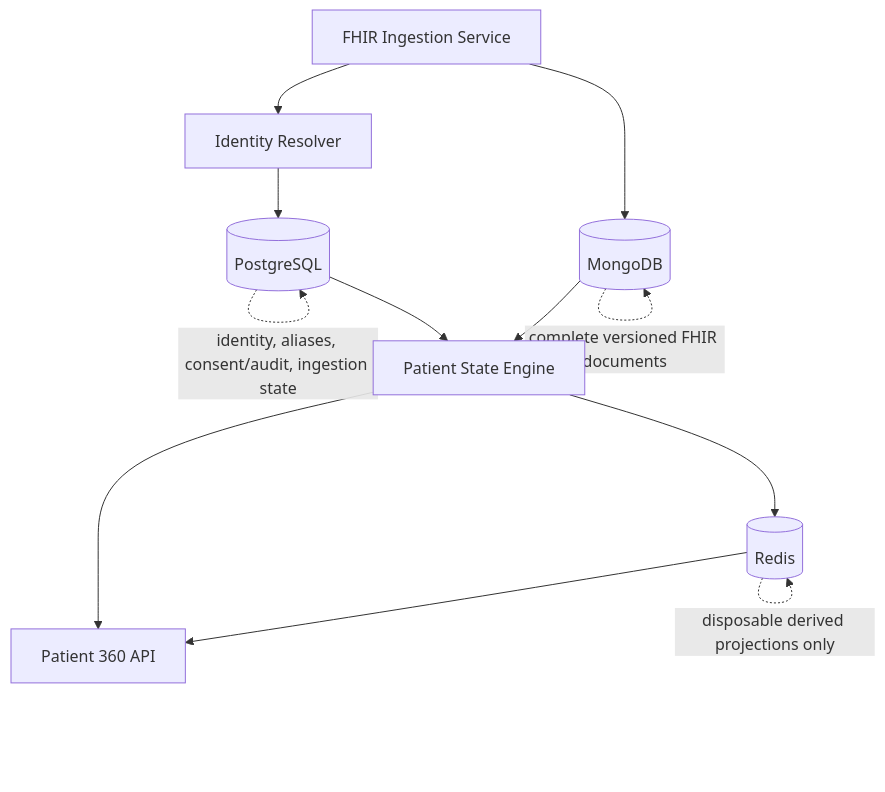
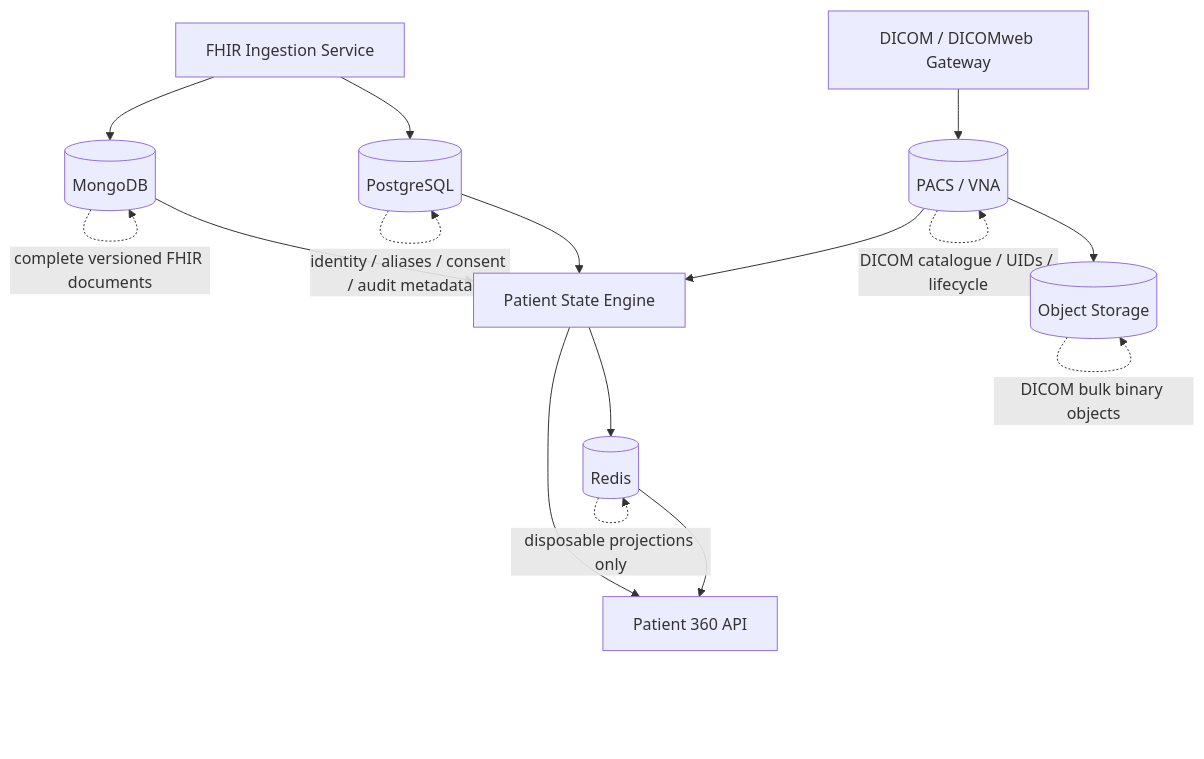
The third of 6 diagrams in docs/architecture/ingestion-persistence.md (DiogoRibeiro7/sns-patient-360), drawn with Mermaid before and after one commit. The commit also changed other lines of this file, not shown here.

Commit message:
docs: update persistence diagrams for DICOM imaging plane

````diff
--- a/docs/architecture/ingestion-persistence.md
+++ b/docs/architecture/ingestion-persistence.md
@@ -45,25 +60,33 @@
 ```mermaid
 flowchart TB
-    API[FHIR Ingestion Service]
-    RESOLVE[Identity Resolver]
+    FHIRAPI[FHIR Ingestion Service]
+    DICOM[DICOM / DICOMweb Gateway]
     STATE[Patient State Engine]
-    READ[Patient 360 API]
+    API[Patient 360 API]
 
     PG[(PostgreSQL)]
     MONGO[(MongoDB)]
+    PACS[(PACS / VNA)]
+    OBJECT[(Object Storage)]
     REDIS[(Redis)]
 
-    API --> RESOLVE
-    RESOLVE --> PG
-    API --> MONGO
+    FHIRAPI --> PG
+    FHIRAPI --> MONGO
+
+    DICOM --> PACS
+    PACS --> OBJECT
 
     PG --> STATE
     MONGO --> STATE
+    PACS --> STATE
+
     STATE --> REDIS
-    STATE --> READ
-    REDIS --> READ
+    STATE --> API
+    REDIS --> API
 
-    PG -. identity, aliases, consent/audit, ingestion state .-> PG
+    PG -. identity / aliases / consent / audit metadata .-> PG
     MONGO -. complete versioned FHIR documents .-> MONGO
-    REDIS -. disposable derived projections only .-> REDIS
+    PACS -. DICOM catalogue / UIDs / lifecycle .-> PACS
+    OBJECT -. DICOM bulk binary objects .-> OBJECT
+    REDIS -. disposable projections only .-> REDIS
 ```
````
